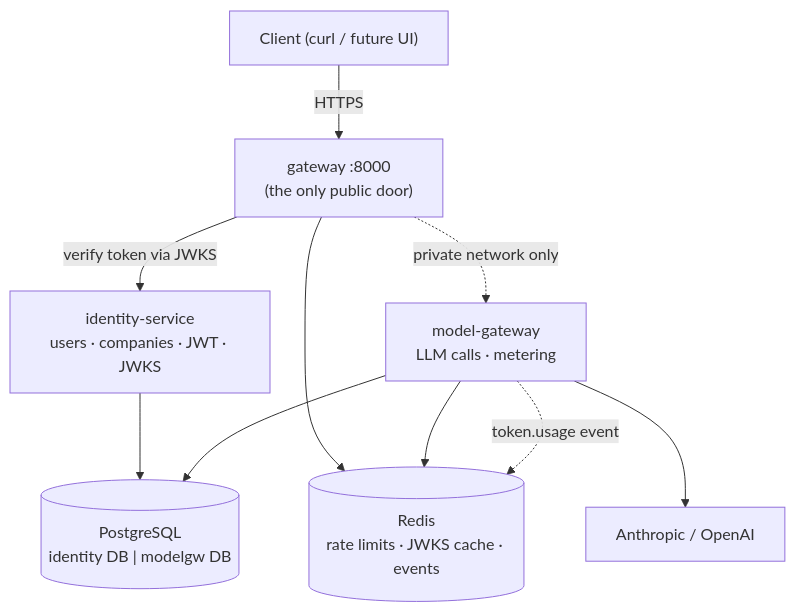
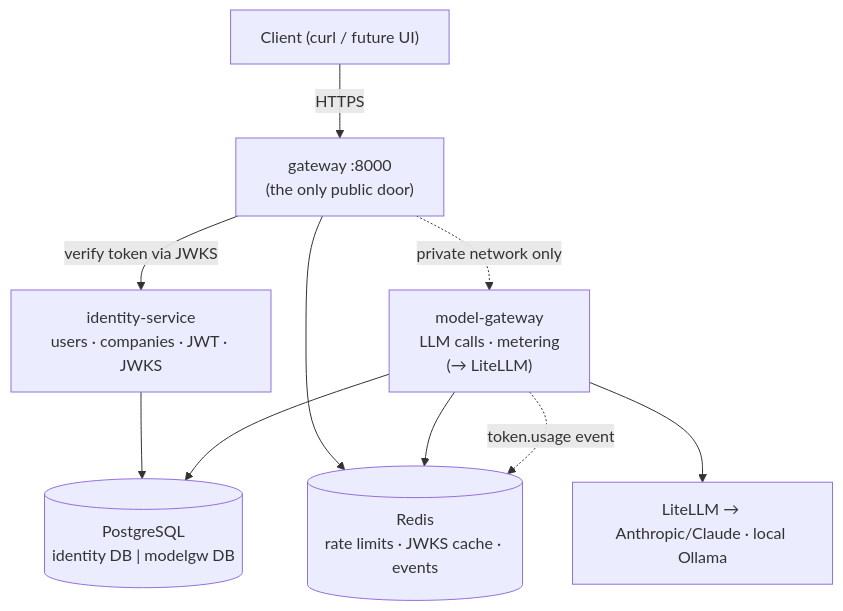
One commit to stoychev07-art/7X7-microservice changed the first of 4 diagrams in docs/explanation/m0-m1-what-you-get.md. Above: the diagram before and after it, drawn with Mermaid. The commit also changed 65 other files, not shown here.

First line of the commit message:
Enhance architecture and service documentation

````diff
--- a/docs/explanation/m0-m1-what-you-get.md
+++ b/docs/explanation/m0-m1-what-you-get.md
@@ -60,20 +60,20 @@
 ```mermaid
 flowchart TB
     client["Client (curl / future UI)"]
     gw["gateway :8000<br/>(the only public door)"]
     id["identity-service<br/>users · companies · JWT · JWKS"]
-    mg["model-gateway<br/>LLM calls · metering"]
+    mg["model-gateway<br/>LLM calls · metering<br/>(→ LiteLLM)"]
     pg[("PostgreSQL<br/>identity DB | modelgw DB")]
     rd[("Redis<br/>rate limits · JWKS cache · events")]
-    llm["Anthropic / OpenAI"]
+    llm["LiteLLM → Anthropic/Claude · local Ollama"]
 
     client -->|"HTTPS"| gw
     gw -->|"verify token via JWKS"| id
     gw -.->|"private network only"| mg
     id --> pg
     mg --> pg
     gw --> rd
     mg --> rd
     mg --> llm
     mg -. "token.usage event" .-> rd
 ```
````
